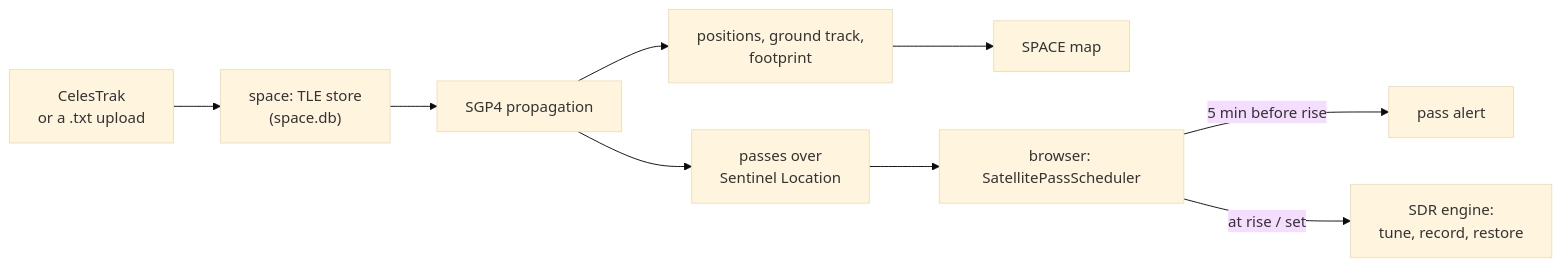
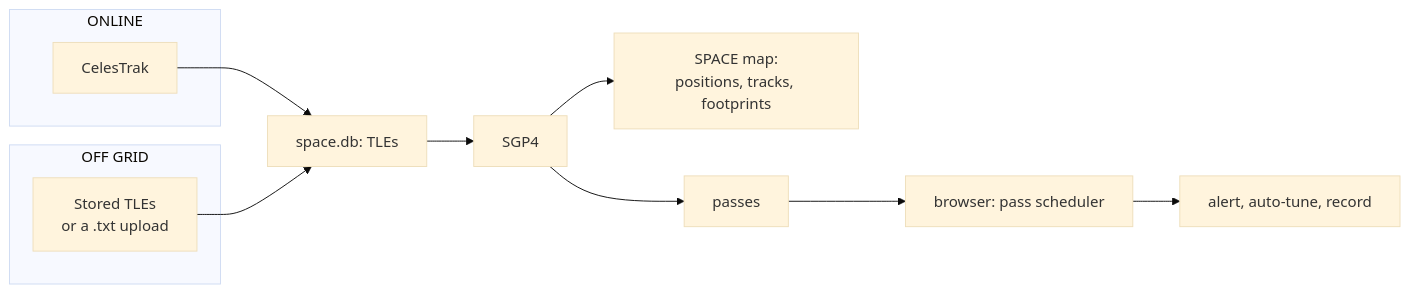
The second of 5 diagrams in docs/architecture/data-flows.md (barrygee/Sentinel), drawn with Mermaid (base theme) before and after one commit. The commit also changed other lines of this file and 37 other files, not shown here.

````diff
--- a/docs/architecture/data-flows.md
+++ b/docs/architecture/data-flows.md
@@ -39,12 +34,18 @@
 ```mermaid
 flowchart LR
-    celestrak["CelesTrak<br/>or a .txt upload"] --> tle["space: TLE store<br/>(space.db)"]
-    tle --> sgp4["SGP4 propagation"]
-    sgp4 --> pos["positions, ground track,<br/>footprint"]
-    sgp4 --> passes["passes over<br/>Sentinel Location"]
-    pos --> map["SPACE map"]
-    passes --> sched["browser: SatellitePassScheduler"]
-    sched -- "5 min before rise" --> alert["pass alert"]
-    sched -- "at rise / set" --> tune["SDR engine:<br/>tune, record, restore"]
-    class sgp4 accent
+    subgraph spaceOnline["ONLINE"]
+        celestrak["CelesTrak"]
+    end
+    subgraph spaceOffgrid["OFF GRID"]
+        stored["Stored TLEs<br/>or a .txt upload"]
+    end
+    celestrak --> tle["space.db: TLEs"]
+    stored --> tle
+    tle --> sgp4["SGP4"]
+    sgp4 --> map["SPACE map:<br/>positions, tracks, footprints"]
+    sgp4 --> passes["passes"]
+    passes --> sched["browser: pass scheduler"]
+    sched --> tune["alert, auto-tune, record"]
+    class spaceOnline online
+    class spaceOffgrid offgrid
 ```
````
